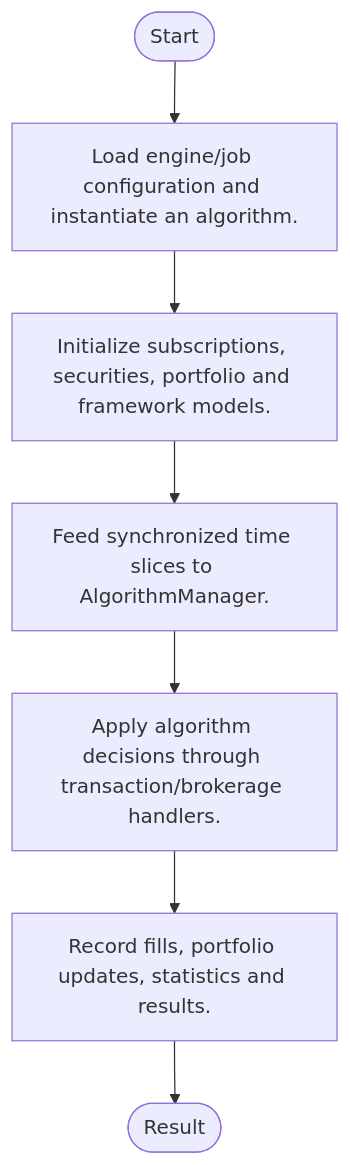
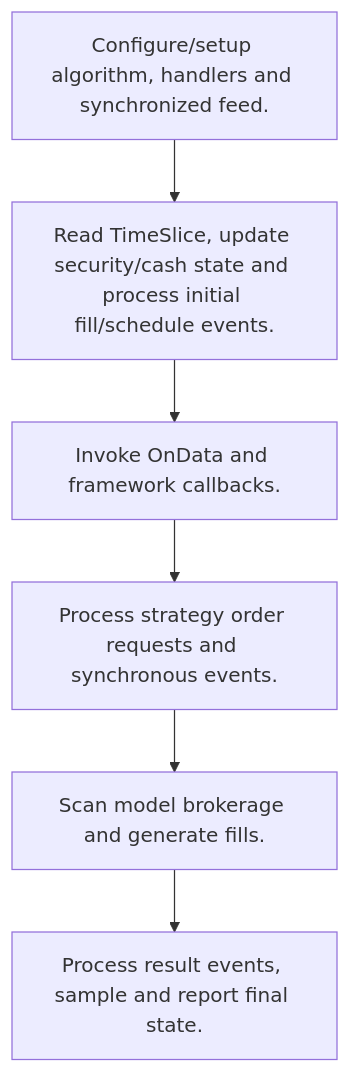
The third of 4 diagrams in docs/ayu-develop.md (alexcwyu/Lean), drawn with Mermaid before and after one commit. The commit also changed other lines of this file and 13 other files, not shown here.

Commit message:
docs: standardize source-reviewed system guides and offline diagrams

````diff
--- a/docs/ayu-develop.md
+++ b/docs/ayu-develop.md
@@ -92,15 +181,14 @@
 ```mermaid
 flowchart TD
-  Start(["Start"])
-  W0["Load engine/job configuration and instantiate an algorithm."]
-  W1["Initialize subscriptions, securities, portfolio and framework models."]
-  W2["Feed synchronized time slices to AlgorithmManager."]
-  W3["Apply algorithm decisions through transaction/brokerage handlers."]
-  W4["Record fills, portfolio updates, statistics and results."]
-  Start --> W0
+  W0["Configure/setup algorithm, handlers and synchronized feed."]
+  W1["Read TimeSlice, update security/cash state and process initial fill/schedule events."]
   W0 --> W1
+  W2["Invoke OnData and framework callbacks."]
   W1 --> W2
+  W3["Process strategy order requests and synchronous events."]
   W2 --> W3
+  W4["Scan model brokerage and generate fills."]
   W3 --> W4
-  W4 --> Finish(["Result"])
+  W5["Process result events, sample and report final state."]
+  W4 --> W5
 ```
````
